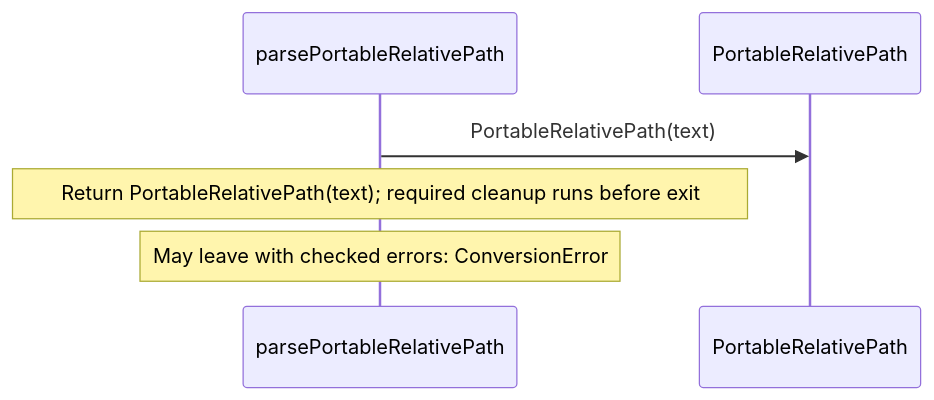
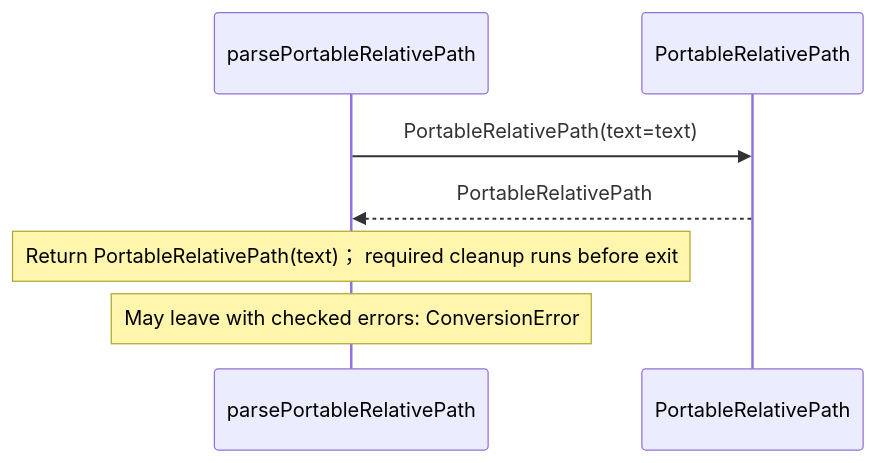
Before and after one commit to GreenPandaStudios/augscript: the fourth of 8 diagrams in src/stdlib/values/paths.aug.diagrams.md, drawn with Mermaid. The commit also changed other lines of this file and 524 other files, not shown here.

Commit message:
Explain checked data flow at folder and service levels

````diff
--- a/src/stdlib/values/paths.aug.diagrams.md
+++ b/src/stdlib/values/paths.aug.diagrams.md
@@ -74,8 +72,9 @@
 ```mermaid
 sequenceDiagram
     participant p0 as parsePortableRelativePath
     participant p1 as PortableRelativePath
-    p0->>p1: PortableRelativePath(text)
-    Note over p0: Return PortableRelativePath(text)#59; required cleanup runs before exit
+    p0->>p1: PortableRelativePath(text=text)
+    p1-->>p0: PortableRelativePath
+    Note over p0: Return PortableRelativePath(text)； required cleanup runs before exit
     Note over p0: May leave with checked errors: ConversionError
 ```
````
